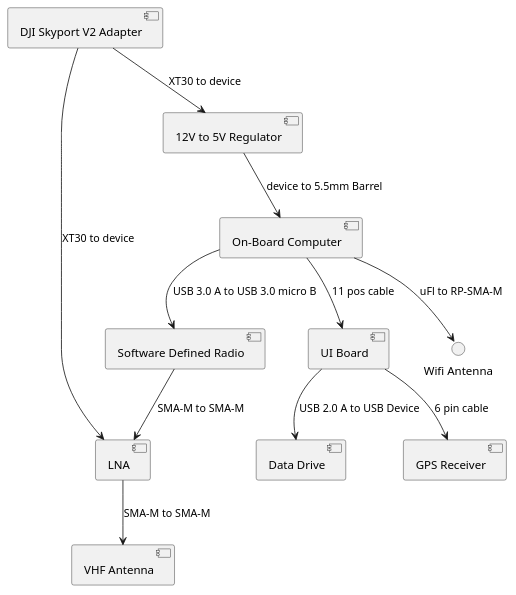
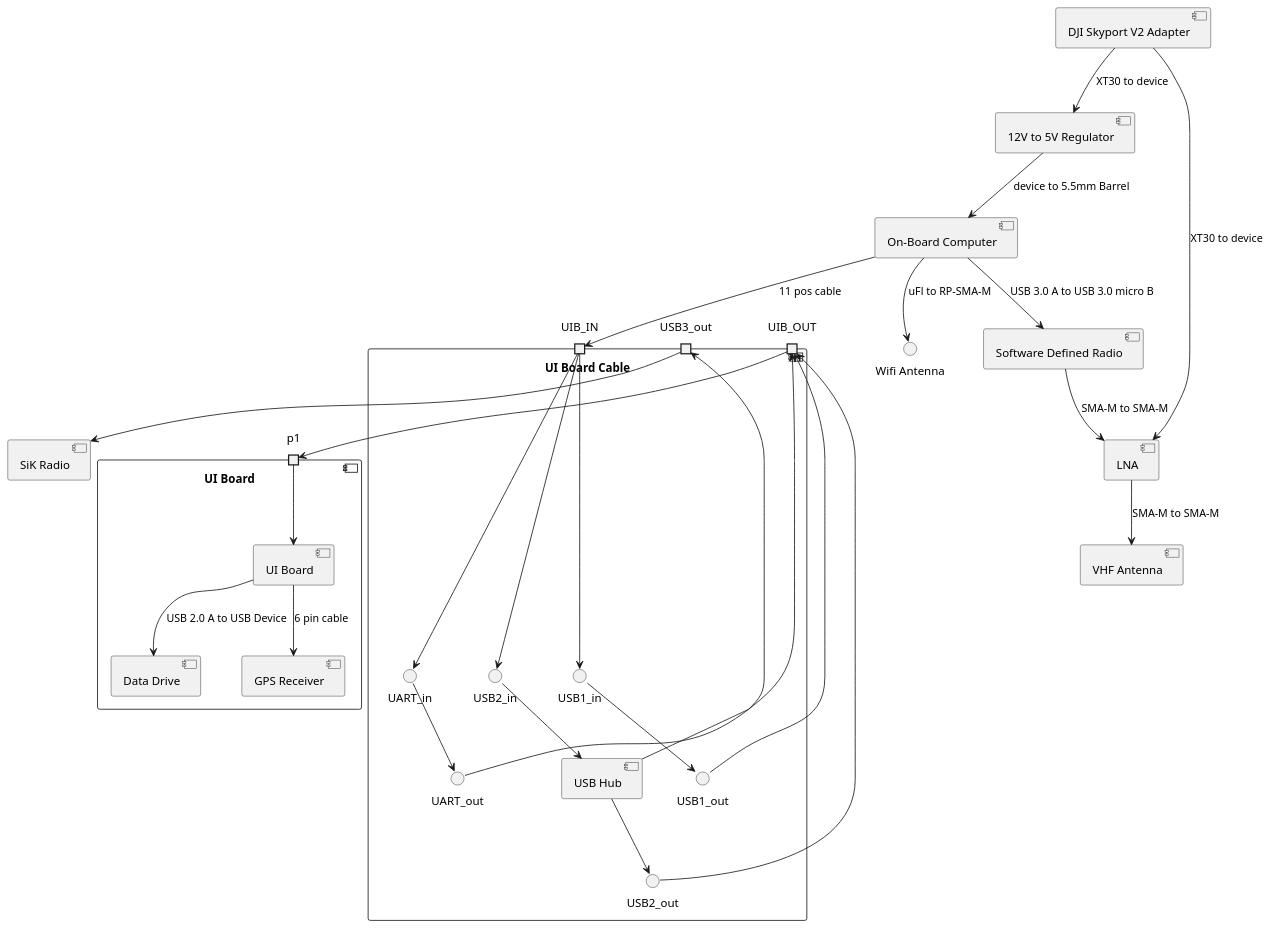
The third of 3 diagrams in 2022_Turks_And_Caicos/system_diagram.puml (UCSD-E4E/radio-telemetry-tracker-docs), drawn with PlantUML before and after one commit.

Commit message:
Added USB bypass

```diff
--- a/2022_Turks_And_Caicos/system_diagram.puml
+++ b/2022_Turks_And_Caicos/system_diagram.puml
@@ -76,23 +76,55 @@
 @startuml Radio Collar Tracker: TCI Wiring Diagram
 [Software Defined Radio] as SDR
 [On-Board Computer] as OBC
 [VHF Antenna] as ANT
 [LNA] as LNA
-[Data Drive] as USB_DATA
-[GPS Receiver] as GPS
 [12V to 5V Regulator] as PRIMARY_REG
 [DJI Skyport V2 Adapter] as SKYPORT
-[UI Board] as UIB
 interface "Wifi Antenna" as WIFI_ANT
+component "UI Board" {
+    port p1
+    [UI Board] as UIB
+    [Data Drive] as USB_DATA
+    [GPS Receiver] as GPS
+    p1 --> UIB
+    UIB --> USB_DATA : USB 2.0 A to USB Device
+    UIB --> GPS : 6 pin cable
+}
+[SiK Radio] as radio
+
+component "UI Board Cable"{
+    port UIB_IN
+    interface USB1_in
+    interface USB2_in
+    interface UART_in
+    interface USB1_out
+    interface USB2_out
+    interface UART_out
+    [USB Hub] as hub
+    port USB3_out
+    port UIB_OUT
+
+    UIB_IN --> USB1_in
+    UIB_IN --> USB2_in
+    UIB_IN --> UART_in
+    USB1_out --> UIB_OUT
+    USB2_out --> UIB_OUT
+    UART_out --> UIB_OUT
+    USB2_in --> hub
+    hub --> USB3_out
+    hub --> USB2_out
+    USB1_in --> USB1_out
+    UART_in --> UART_out
+}
 
 OBC --> SDR : USB 3.0 A to USB 3.0 micro B
 SDR --> LNA : SMA-M to SMA-M
 LNA --> ANT : SMA-M to SMA-M
 OBC --> WIFI_ANT : uFl to RP-SMA-M
-OBC --> UIB : 11 pos cable
-UIB --> USB_DATA : USB 2.0 A to USB Device
-UIB --> GPS : 6 pin cable
+OBC --> UIB_IN : 11 pos cable
+UIB_OUT --> p1
 SKYPORT --> PRIMARY_REG : XT30 to device
 PRIMARY_REG --> OBC : device to 5.5mm Barrel
 SKYPORT --> LNA : XT30 to device
+USB3_out --> radio
 @enduml
```
